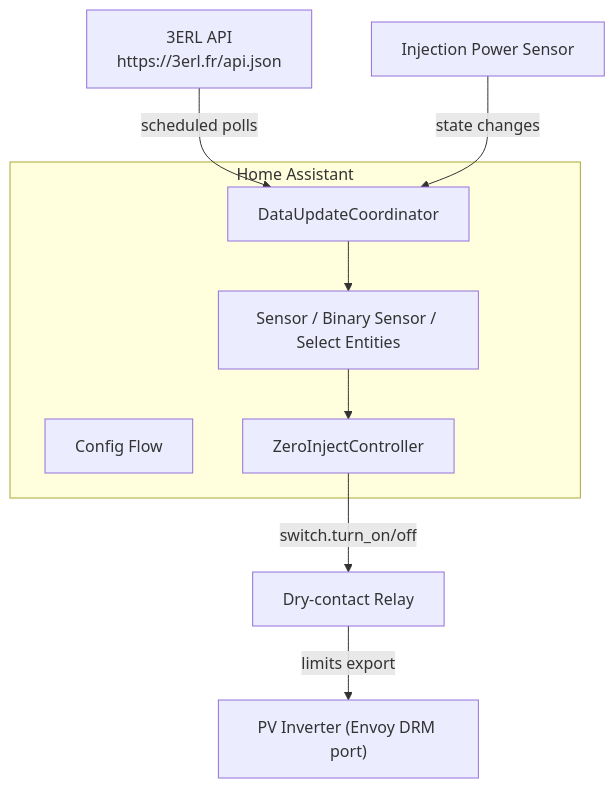
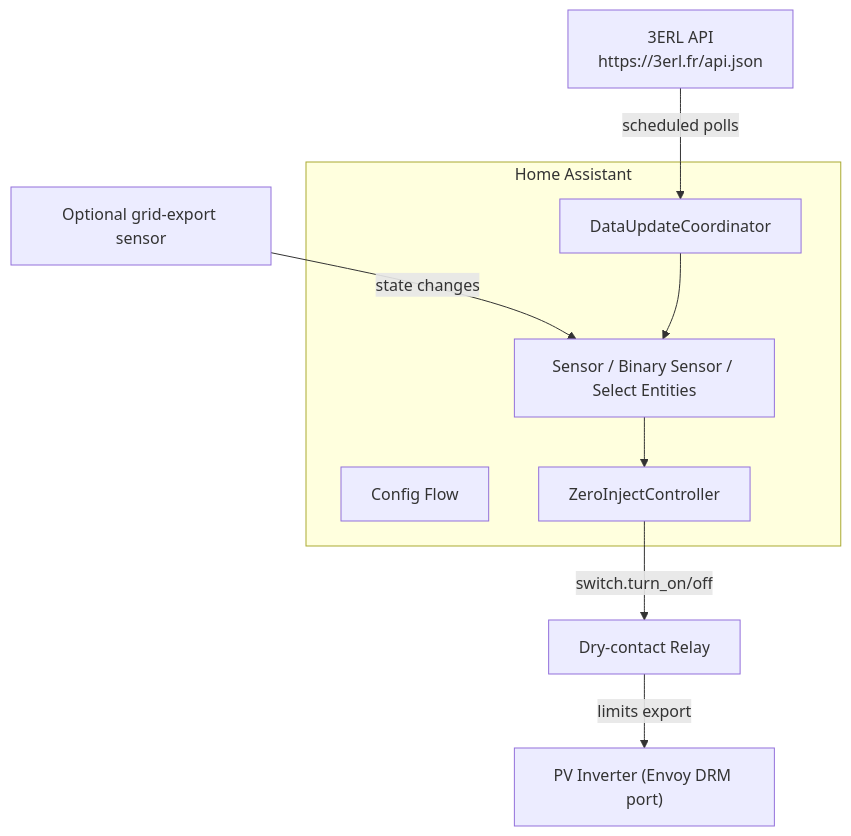
One commit to gounick/ha-zero-inject-3erl changed the second of 6 diagrams in WORKFLOW.md. Above: the diagram before and after it, drawn with Mermaid. The commit also changed other lines of this file and 60 other files, not shown here.

````diff
--- a/WORKFLOW.md
+++ b/WORKFLOW.md
@@ -22,21 +22,21 @@
 ```mermaid
 flowchart TB
     subgraph HA["Home Assistant"]
         CF["Config Flow"]
         COORD["DataUpdateCoordinator"]
         CTRL["ZeroInjectController"]
         SENS["Sensor / Binary Sensor / Select Entities"]
     end
 
     API["3ERL API<br/>https://3erl.fr/api.json"]
     RELAY["Dry-contact Relay"]
     INVERTER["PV Inverter (Envoy DRM port)"]
-    PV_POWER["Injection Power Sensor"]
+    EXPORT["Optional grid-export sensor"]
 
     API -->|scheduled polls| COORD
-    PV_POWER -->|state changes| COORD
+    EXPORT -->|state changes| SENS
     COORD --> SENS
     SENS --> CTRL
     CTRL -->|switch.turn_on/off| RELAY
     RELAY -->|limits export| INVERTER
 ```
````
